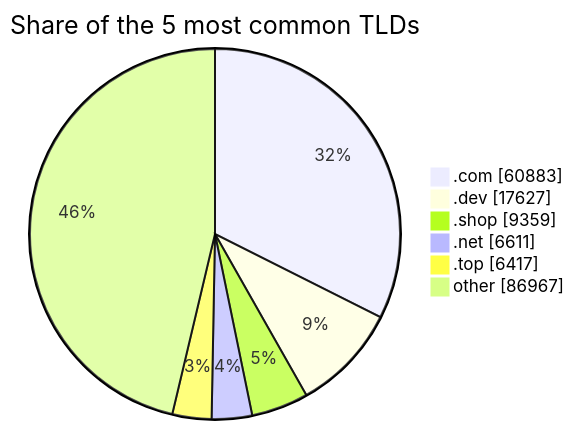
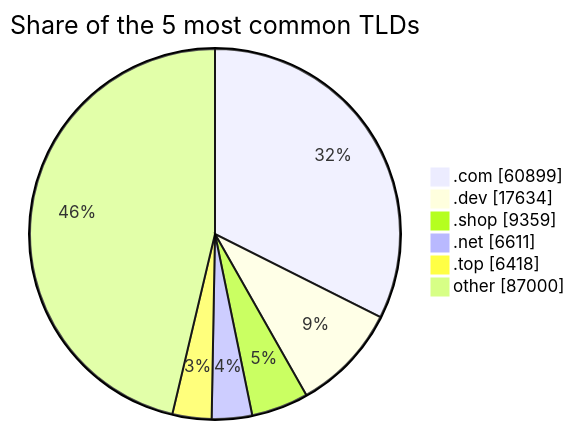
One commit to DNSBunker/CTI changed the third of 3 diagrams in README.md. Above: the diagram before and after it, drawn with Mermaid. The commit also changed other lines of this file and 3 other files, not shown here.

````diff
--- a/README.md
+++ b/README.md
@@ -81,9 +81,9 @@
 ```mermaid
 pie showData title Share of the 5 most common TLDs
-    ".com" : 60883
-    ".dev" : 17627
+    ".com" : 60899
+    ".dev" : 17634
     ".shop" : 9359
     ".net" : 6611
-    ".top" : 6417
-    "other" : 86967
+    ".top" : 6418
+    "other" : 87000
 ```
````
